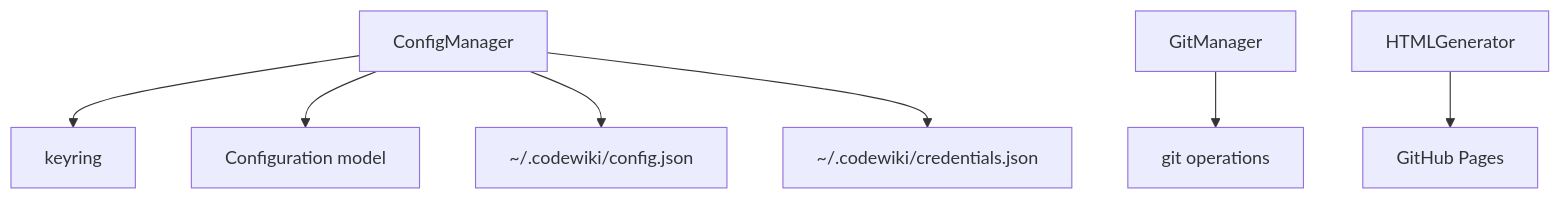
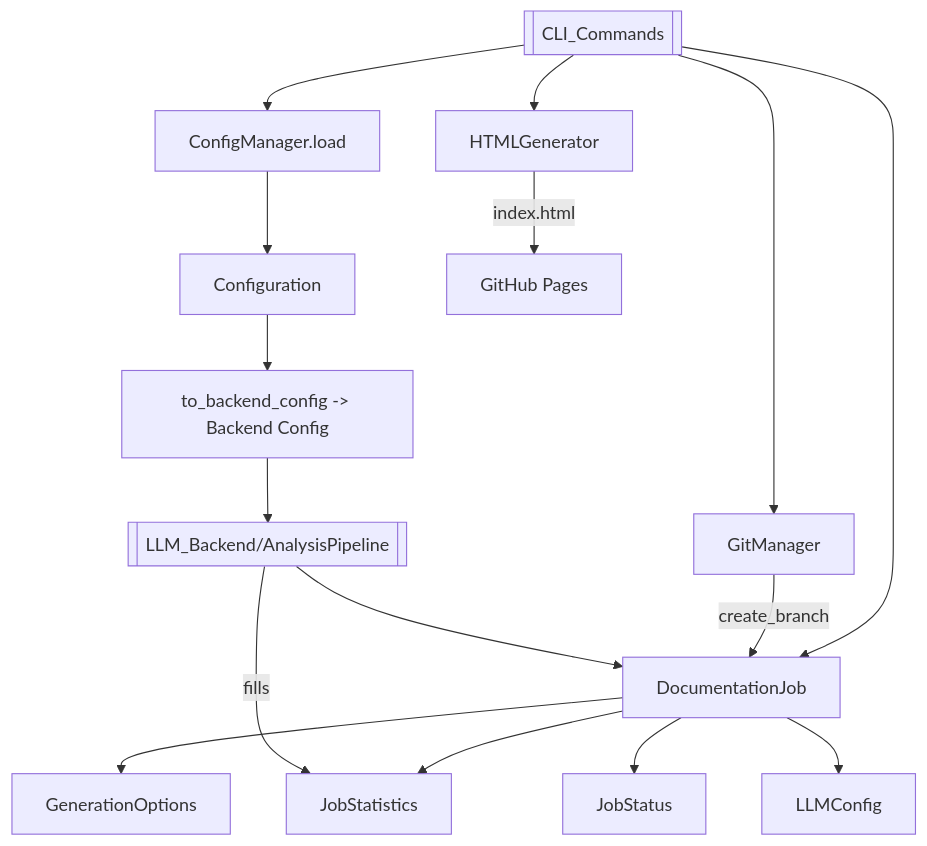
The diagram in repowiki/wiki/modules/CLI_Config.md (mambo-wang/CodeWiki-Plus), drawn with Mermaid before and after one commit. The commit also changed other lines of this file and 36 other files, not shown here.

````diff
--- a/repowiki/wiki/modules/CLI_Config.md
+++ b/repowiki/wiki/modules/CLI_Config.md
@@ -17,9 +115,18 @@
 ```mermaid
-graph TB
-    A[ConfigManager] --> B[keyring]
-    A --> C[Configuration model]
-    A --> D[~/.codewiki/config.json]
-    A --> E[~/.codewiki/credentials.json]
-    F[GitManager] --> G[git operations]
-    H[HTMLGenerator] --> I[GitHub Pages]
+flowchart TD
+    CLI[[CLI_Commands]] --> CM[ConfigManager.load]
+    CM --> CFG[Configuration]
+    CFG --> BE[to_backend_config -> Backend Config]
+    CLI --> JM[DocumentationJob]
+    JM --> GO[GenerationOptions]
+    JM --> LS[JobStatus]
+    JM --> JS[JobStatistics]
+    JM --> LC[LLMConfig]
+    CLI --> GM[GitManager]
+    GM -->|create_branch| JM
+    BE --> PIPE[[LLM_Backend/AnalysisPipeline]]
+    PIPE -->|fills| JS
+    PIPE --> JM
+    CLI --> HG[HTMLGenerator]
+    HG -->|index.html| GH[GitHub Pages]
 ```
````
